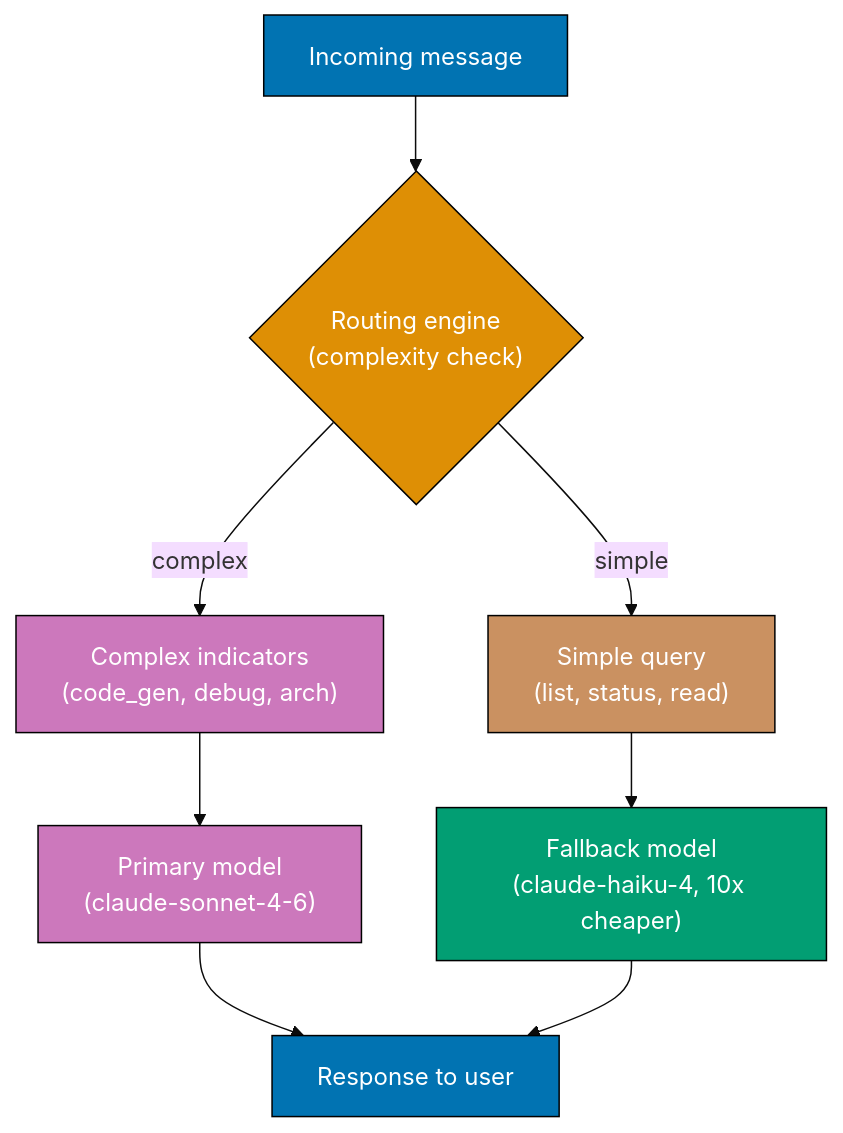
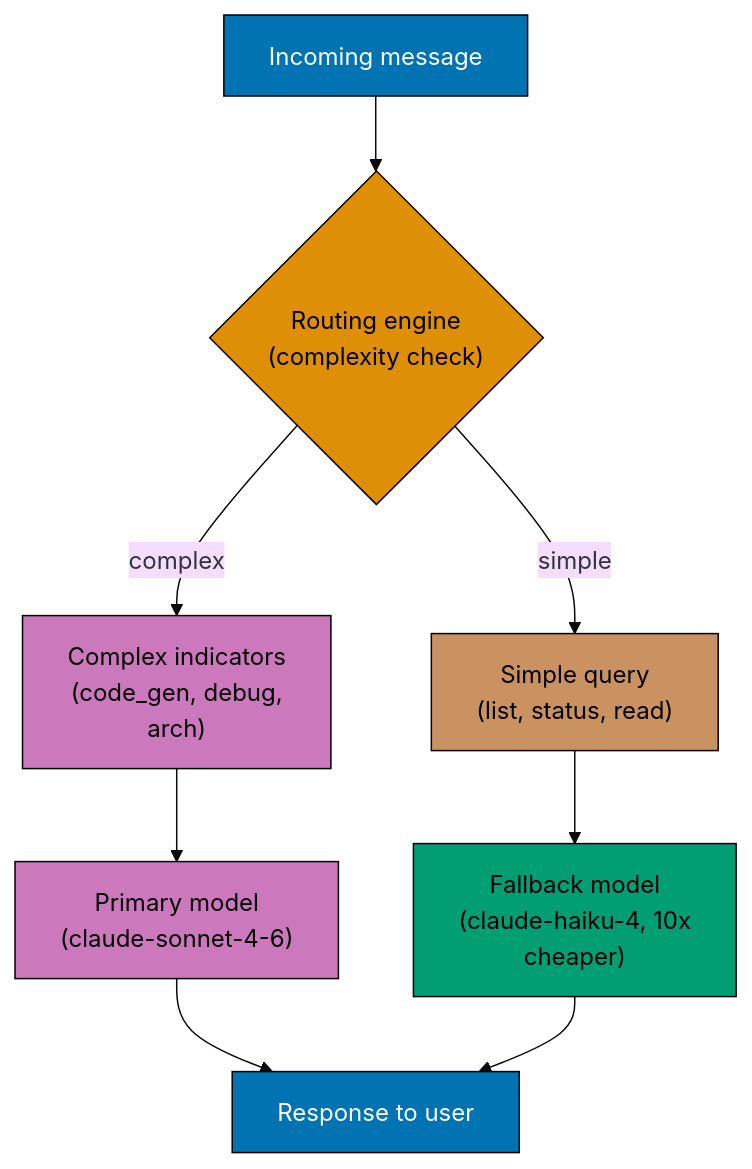
One commit to wahidyankf/ose-public changed diagram 13 of 14 in apps/ayokoding-www/content/en/learn/legacy/artificial-intelligence/tools/hermes-agent/by-example/advanced.md. Above: the diagram before and after it, drawn with Mermaid (base theme). The commit also changed other lines of this file and 50 other files, not shown here.

First line of the commit message:
fix(mermaid): bring the docs, governance, plans, and legacy AI diagrams onto the accessible palette

````diff
--- a/apps/ayokoding-www/content/en/learn/legacy/artificial-intelligence/tools/hermes-agent/by-example/advanced.md
+++ b/apps/ayokoding-www/content/en/learn/legacy/artificial-intelligence/tools/hermes-agent/by-example/advanced.md
@@ -1941,23 +2035,31 @@
 ```mermaid
 %% Color Palette: Blue #0173B2, Orange #DE8F05, Teal #029E73, Purple #CC78BC, Brown #CA9161
 graph TD
+    accTitle: Example 77: Smart Model Routing
+    accDescr: Graph with 7 nodes and 7 connections. Nodes: Incoming message, Routing engine (complexity check), Complex indicators (code_gen, debug, arch), Simple query (list, status, read), Primary model (claude-sonnet-4-6), Fallback model (claude-haiku-4, 10x cheaper), Response to user. Connections: Incoming message to Routing engine (complexity check), Routing engine (complexity check) to Complex indicators (code_gen, debug, arch) (complex), Complex indicators (code_gen, debug, arch) to Primary model (claude-sonnet-4-6), Primary model (claude-sonnet-4-6) to Response to user, Routing engine (complexity check) to Simple query (list, status, read) (simple), Simple query (list, status, read) to Fallback model (claude-haiku-4, 10x cheaper), Fallback model (claude-haiku-4, 10x cheaper) to Response to user.
     A["Incoming message"]
     B{"Routing engine<br/>(complexity check)"}
-    C["Complex indicators<br/>(code_gen, debug, arch)"]
+    C["Complex indicators<br/>(code_gen, debug,<br/>arch)"]
     D["Simple query<br/>(list, status, read)"]
     E["Primary model<br/>(claude-sonnet-4-6)"]
-    F["Fallback model<br/>(claude-haiku-4, 10x cheaper)"]
+    F["Fallback model<br/>(claude-haiku-4, 10x<br/>cheaper)"]
     G["Response to user"]
 
     A --> B
     B -->|"complex"| C --> E --> G
     B -->|"simple"| D --> F --> G
 
-    style A fill:#0173B2,stroke:#000,color:#fff
-    style B fill:#DE8F05,stroke:#000,color:#fff
-    style C fill:#CC78BC,stroke:#000,color:#fff
-    style D fill:#CA9161,stroke:#000,color:#fff
-    style E fill:#CC78BC,stroke:#000,color:#fff
-    style F fill:#029E73,stroke:#000,color:#fff
-    style G fill:#0173B2,stroke:#000,color:#fff
+    classDef pal-0173B2 fill:#0173B2,stroke:#000000,color:#FFFFFF
+    class A pal-0173B2
+    classDef pal-DE8F05 fill:#DE8F05,stroke:#000000,color:#000000
+    class B pal-DE8F05
+    classDef pal-CC78BC fill:#CC78BC,stroke:#000000,color:#000000
+    class C pal-CC78BC
+    classDef pal-CA9161 fill:#CA9161,stroke:#000000,color:#000000
+    class D pal-CA9161
+    class E pal-CC78BC
+    classDef pal-029E73 fill:#029E73,stroke:#000000,color:#000000
+    class F pal-029E73
+    class G pal-0173B2
+    classDef default fill:#FFFFFF,stroke:#000000,color:#000000
 ```
````
